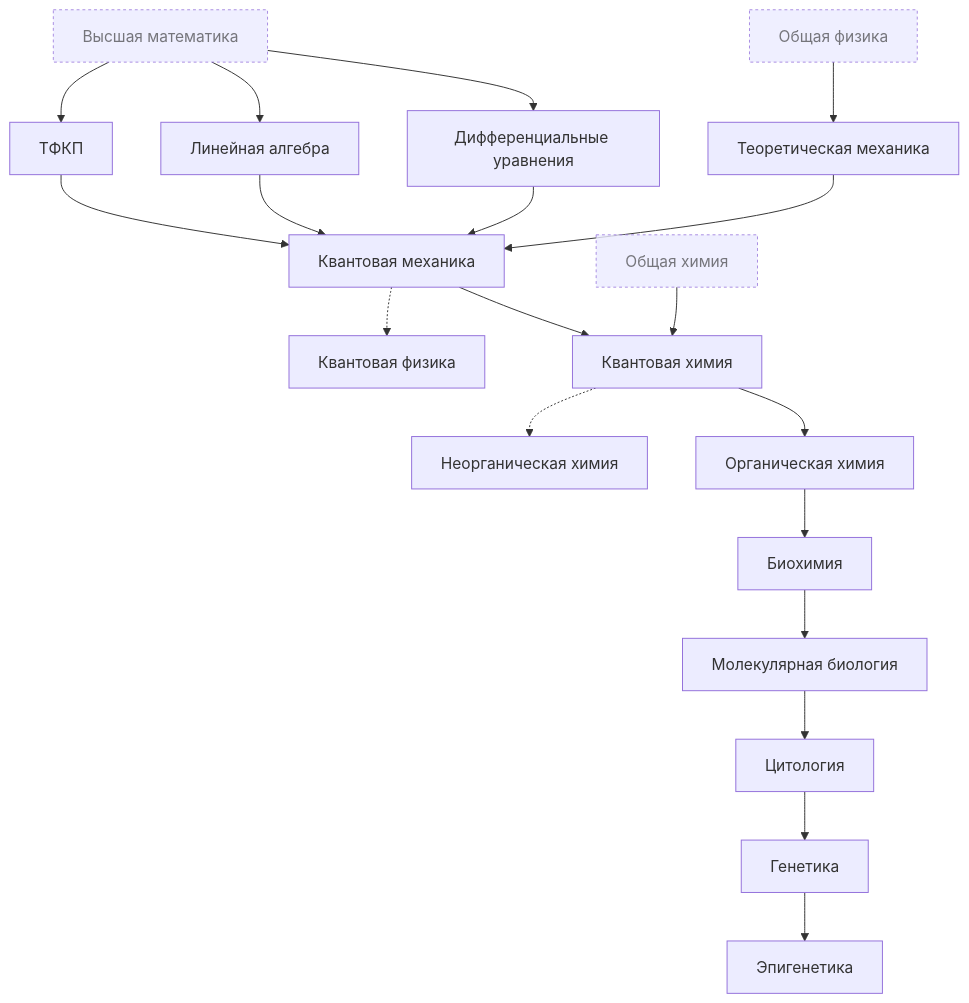
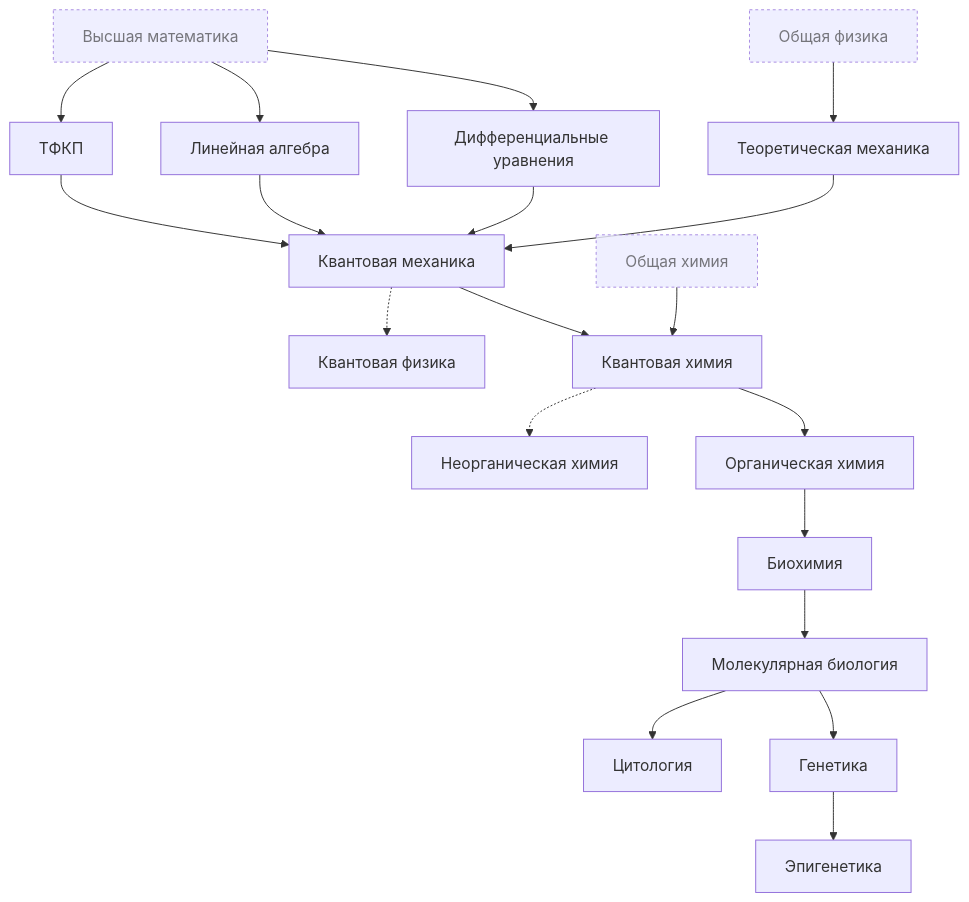
One commit to prozion/anti-aging-education changed the diagram in learning-tracks.md. Above: the diagram before and after it, drawn with Mermaid.

````diff
--- a/learning-tracks.md
+++ b/learning-tracks.md
@@ -7,36 +7,37 @@
 ```mermaid
 flowchart TD;
     Mgen[Высшая математика]:::cond;
     Linal[Линейная алгебра]
     Diffur[Дифференциальные уравнения]
     Tfkp[ТФКП]
     Phgen[Общая физика]:::cond;
     Teormech[Теоретическая механика]
     Qmech[Квантовая механика];
     Phq[Квантовая физика];
     Chgen[Общая химия]:::cond;
     Chnorg[Неорганическая химия];
     Chorg[Органическая химия];
     Chq[Квантовая химия];
     Bioch[Биохимия];
     Molb[Молекулярная биология]
     Cyt[Цитология]
     Gen[Генетика]
     Epi[Эпигенетика]
 
-    Chgen --> Chq --> Chorg --> Bioch --> Molb --> Cyt --> Gen --> Epi;
+    Chgen --> Chq --> Chorg --> Bioch --> Molb --> Cyt;
+    Molb --> Gen --> Epi;
     Chq -.-> Chnorg;
     Phgen --> Teormech --> Qmech --> Chq;
     Mgen --> Diffur --> Qmech;
     Mgen --> Linal;
     Mgen --> Tfkp;
     Qmech -.-> Phq;
     Linal --> Qmech;
     Tfkp --> Qmech;
 
     classDef cond stroke-dasharray:3,opacity:0.8;
 
     click Tfkp callback "Теория функций комплексного переменного"
     click Chorg href "https://github.com/prozion/anti-aging-education/#органическая-химия" _blank
     click Chq "https://github.com/prozion/anti-aging-education/#квантовая-химия" _blank
 ```
````
